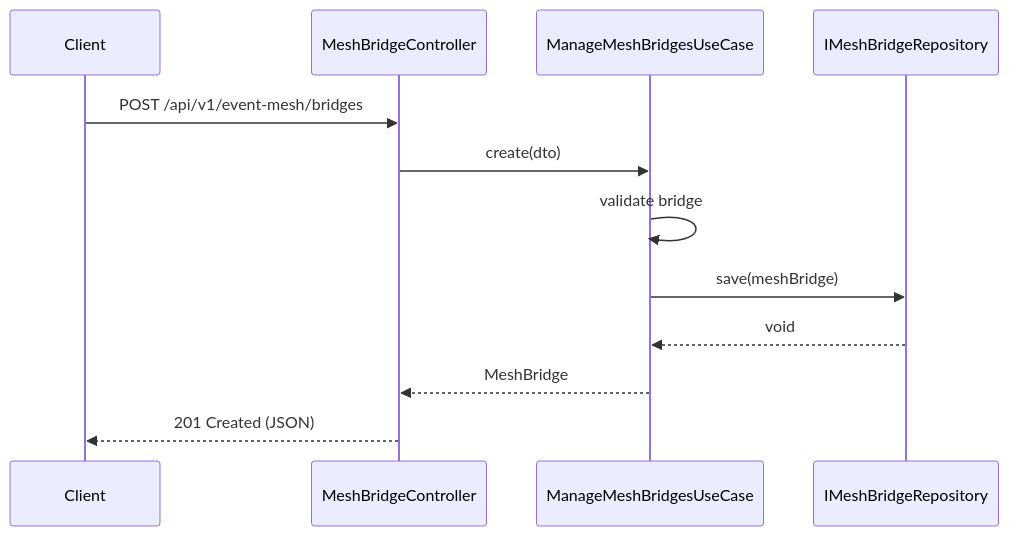
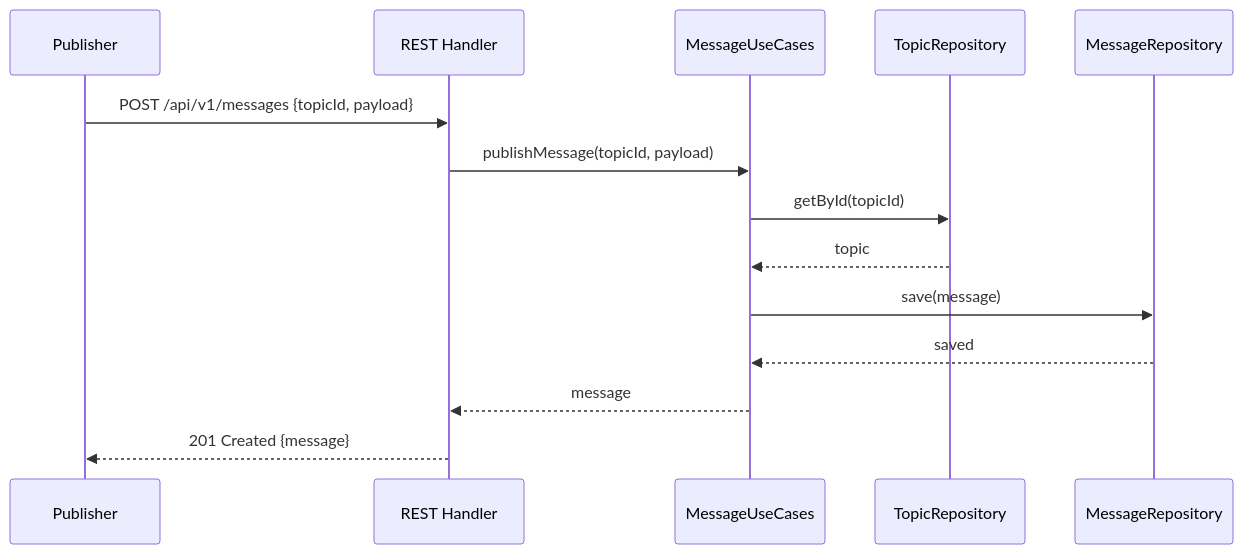
The fourth of 4 diagrams in advanced-events/UML.md (UIMSolutions/uim-platform), drawn with Mermaid before and after one commit. The commit also changed other lines of this file and 128 other files, not shown here.

Commit message:
Refactor UML documentation for Task Center and Transport services; streamline class diagrams, sequence diagrams, and component diagrams for clarity and consistency. Update NAFv4 architecture description to enhance structure and readability. Adjust container module imports for better organization.

````diff
--- a/advanced-events/UML.md
+++ b/advanced-events/UML.md
@@ -358,15 +133,17 @@
 ```mermaid
 sequenceDiagram
-    participant Client
-    participant Controller as MeshBridgeController
-    participant UseCase as ManageMeshBridgesUseCase
-    participant Repo as IMeshBridgeRepository
+    participant P as Publisher
+    participant R as REST Handler
+    participant UC as MessageUseCases
+    participant TR as TopicRepository
+    participant MR as MessageRepository
 
-    Client->>Controller: POST /api/v1/event-mesh/bridges
-    Controller->>UseCase: create(dto)
-    UseCase->>UseCase: validate bridge
-    UseCase->>Repo: save(meshBridge)
-    Repo-->>UseCase: void
-    UseCase-->>Controller: MeshBridge
-    Controller-->>Client: 201 Created (JSON)
+    P->>R: POST /api/v1/messages {topicId, payload}
+    R->>UC: publishMessage(topicId, payload)
+    UC->>TR: getById(topicId)
+    TR-->>UC: topic
+    UC->>MR: save(message)
+    MR-->>UC: saved
+    UC-->>R: message
+    R-->>P: 201 Created {message}
 ```
````
